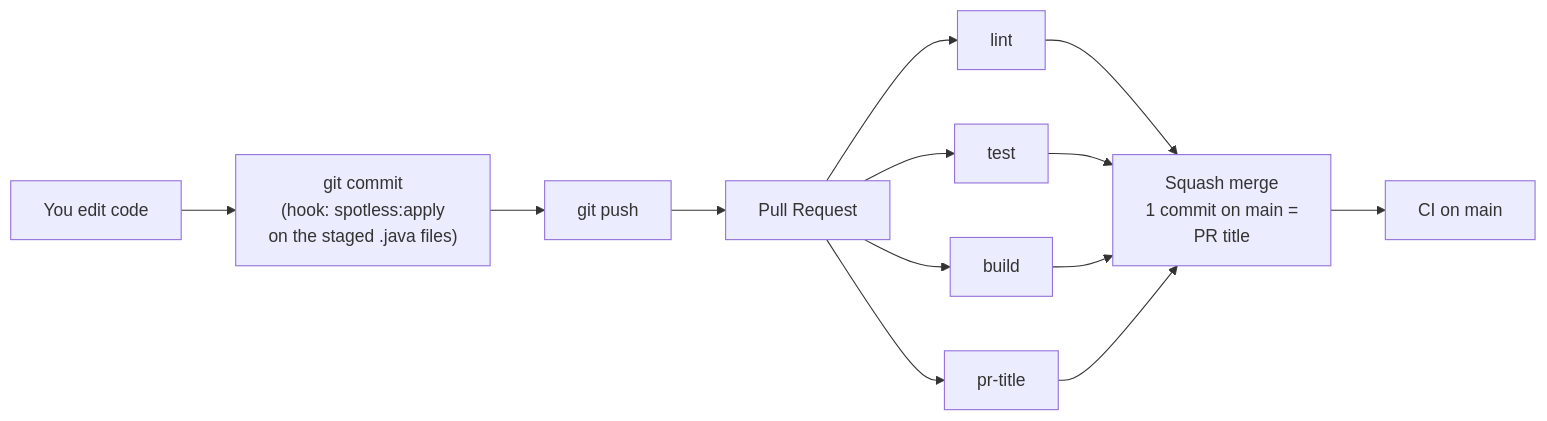
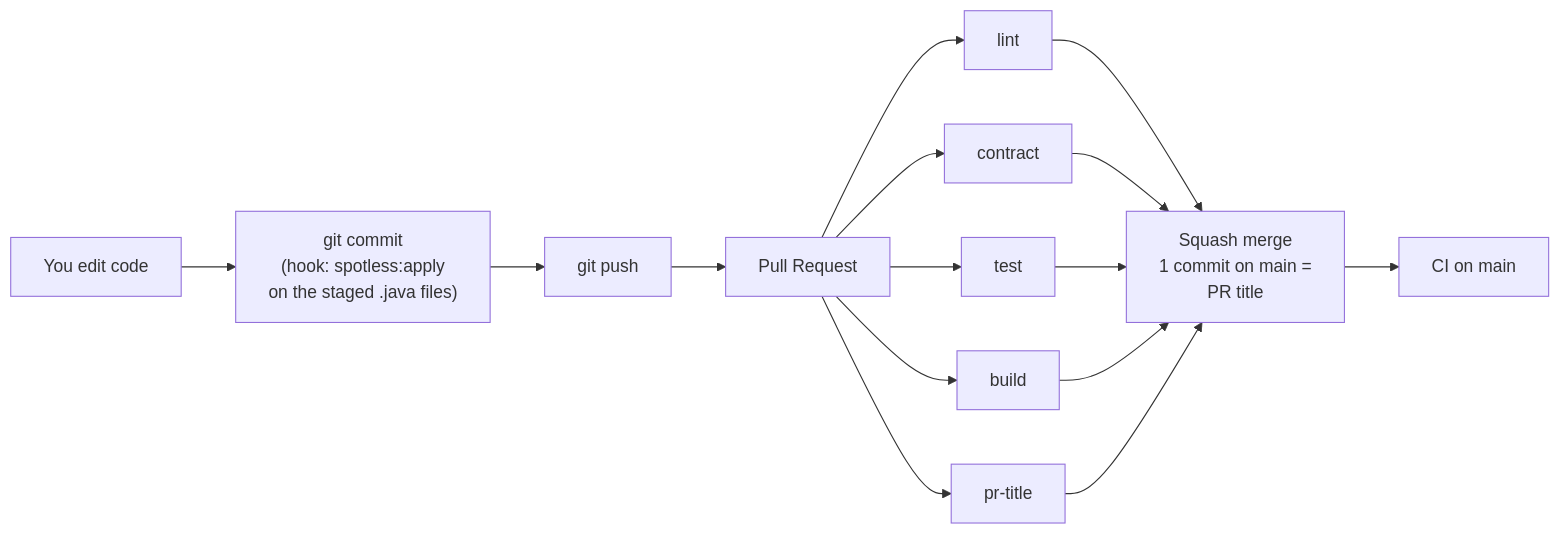
One commit to Dalibex/urban-incidence-manager changed the diagram in docs/ci.md. Above: the diagram before and after it, drawn with Mermaid. The commit also changed other lines of this file and 3 other files, not shown here.

````diff
--- a/docs/ci.md
+++ b/docs/ci.md
@@ -18,12 +18,13 @@
 ```mermaid
 flowchart LR
     E[You edit code] --> C["git commit<br/>(hook: spotless:apply<br/>on the staged .java files)"]
     C --> P[git push]
     P --> PR[Pull Request]
     PR --> L[lint]
+    PR --> K[contract]
     PR --> T[test]
     PR --> B[build]
     PR --> N[pr-title]
-    L & T & B & N --> M["Squash merge<br/>1 commit on main =<br/>PR title"]
+    L & K & T & B & N --> M["Squash merge<br/>1 commit on main =<br/>PR title"]
     M --> CI2[CI on main]
 ```
````
